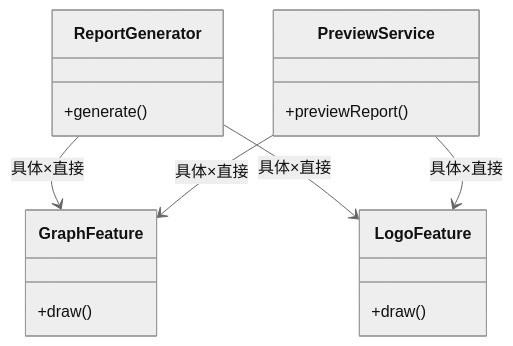
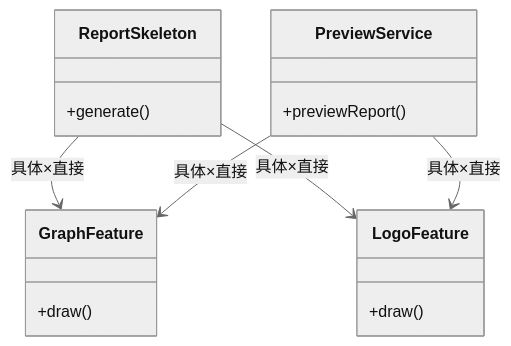
Before and after one commit to kumachan1101-pixel/DesignPattern: the fourth of 9 diagrams in kindle/design-patterns/output/chapter11.md, drawn with Mermaid (neutral theme). The commit also changed other lines of this file, not shown here.

````diff
--- a/kindle/design-patterns/output/chapter11.md
+++ b/kindle/design-patterns/output/chapter11.md
@@ -517,19 +517,19 @@
 ```mermaid
 classDiagram
-    class ReportGenerator {
+    class ReportSkeleton {
         +generate()
     }
     class PreviewService {
         +previewReport()
     }
     class GraphFeature {
         +draw()
     }
     class LogoFeature {
         +draw()
     }
-    ReportGenerator --> GraphFeature : 具体×直接
-    ReportGenerator --> LogoFeature : 具体×直接
+    ReportSkeleton --> GraphFeature : 具体×直接
+    ReportSkeleton --> LogoFeature : 具体×直接
     PreviewService --> GraphFeature : 具体×直接
     PreviewService --> LogoFeature : 具体×直接
 ```
````
